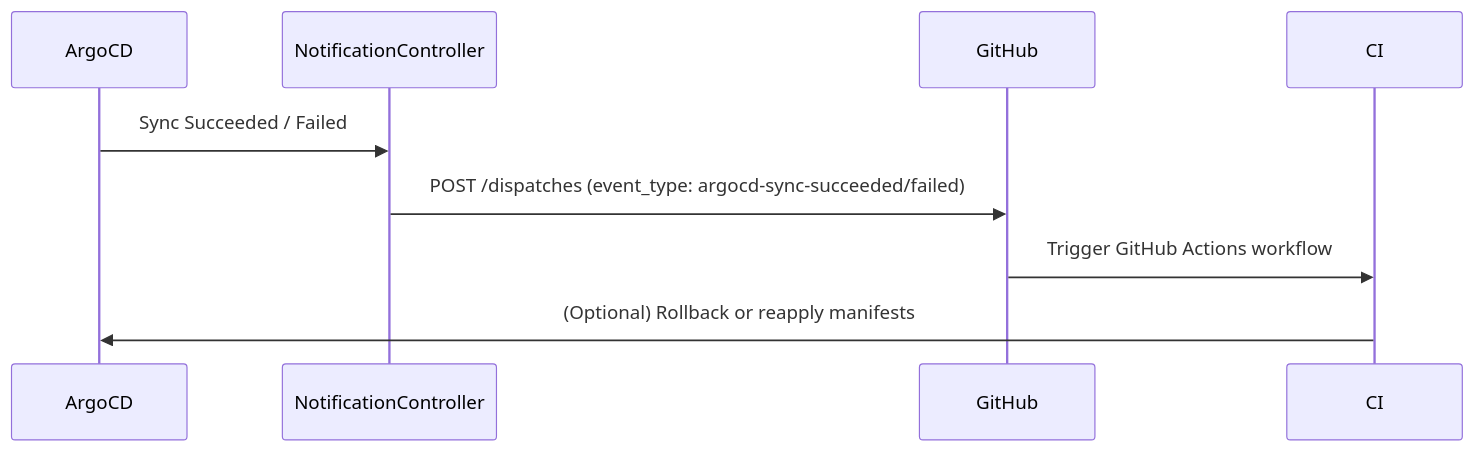
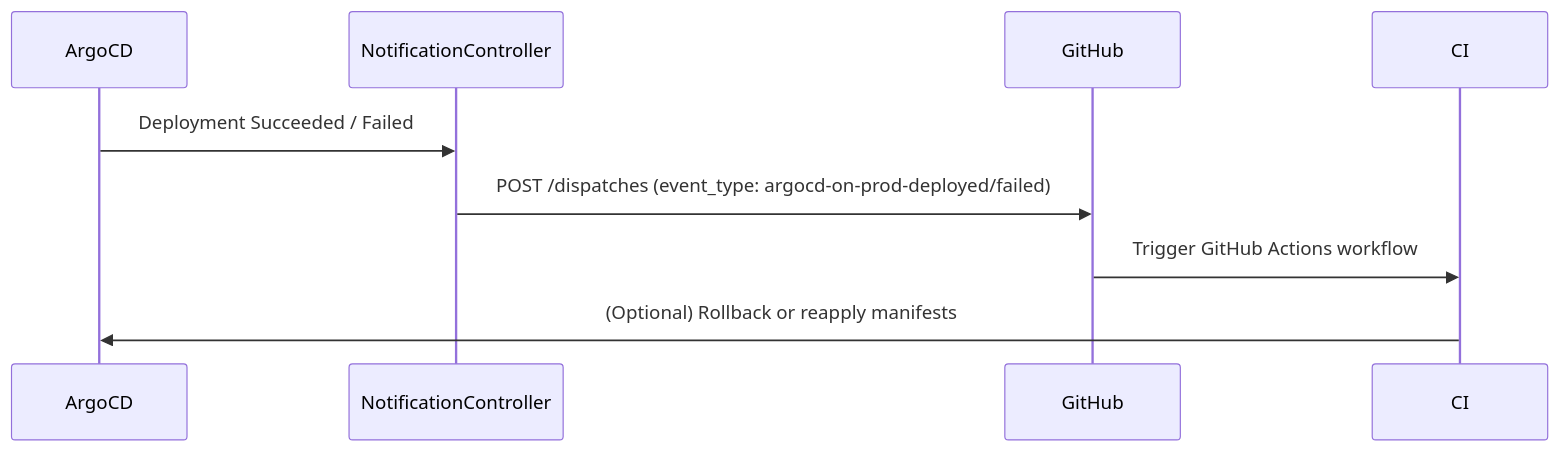
Before and after one commit to labotomy-dot-dev/coffee-cup: the third of 4 diagrams in README.md, drawn with Mermaid. The commit also changed other lines of this file and 1 other file, not shown here.

````diff
--- a/README.md
+++ b/README.md
@@ -352,12 +343,12 @@
 ```mermaid
 sequenceDiagram
     participant ArgoCD
     participant NotificationController
     participant GitHub
     participant CI
 
-    ArgoCD->>NotificationController: Sync Succeeded / Failed
-    NotificationController->>GitHub: POST /dispatches (event_type: argocd-sync-succeeded/failed)
+    ArgoCD->>NotificationController: Deployment Succeeded / Failed
+    NotificationController->>GitHub: POST /dispatches (event_type: argocd-on-prod-deployed/failed)
     GitHub->>CI: Trigger GitHub Actions workflow
     CI->>ArgoCD: (Optional) Rollback or reapply manifests
 ```
````
